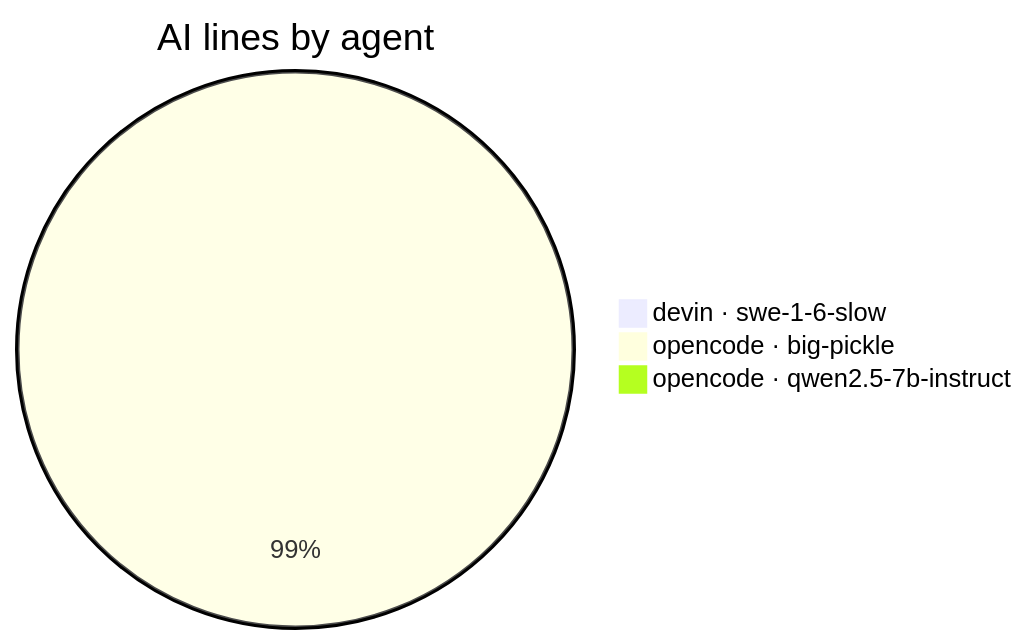
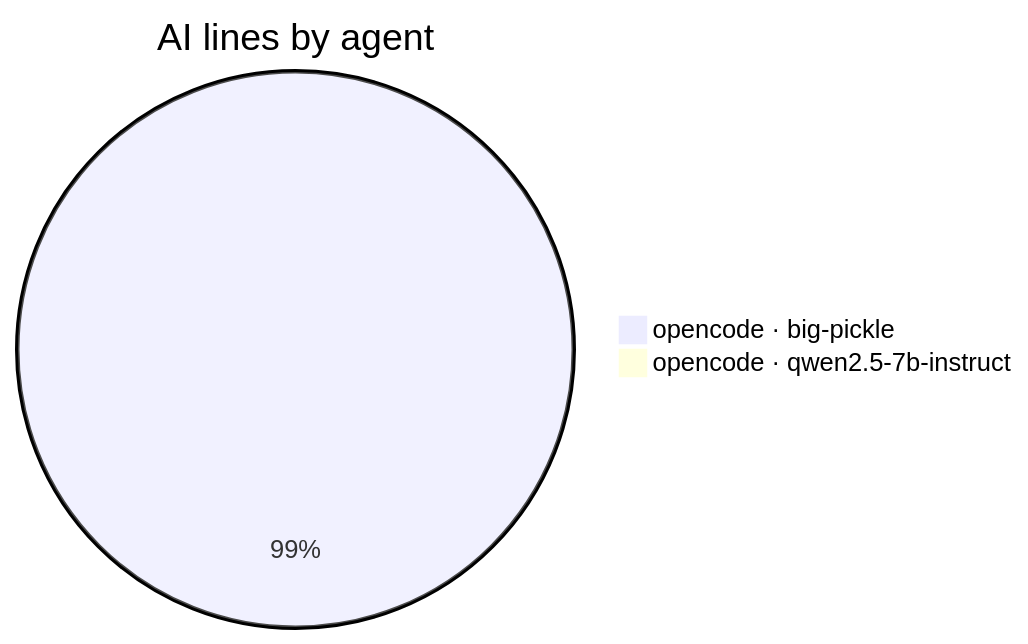
Before and after one commit to CaliMark/game-of-life: the second of 7 diagrams in AI-AUTHORSHIP.md, drawn with Mermaid. The commit also changed other lines of this file and 1 other file, not shown here.

````diff
--- a/AI-AUTHORSHIP.md
+++ b/AI-AUTHORSHIP.md
@@ -33,6 +32,5 @@
 ```mermaid
 pie title AI lines by agent
-    "devin · swe-1-6-slow" : 1
     "opencode · big-pickle" : 582
     "opencode · qwen2.5-7b-instruct" : 3
 ```
````
